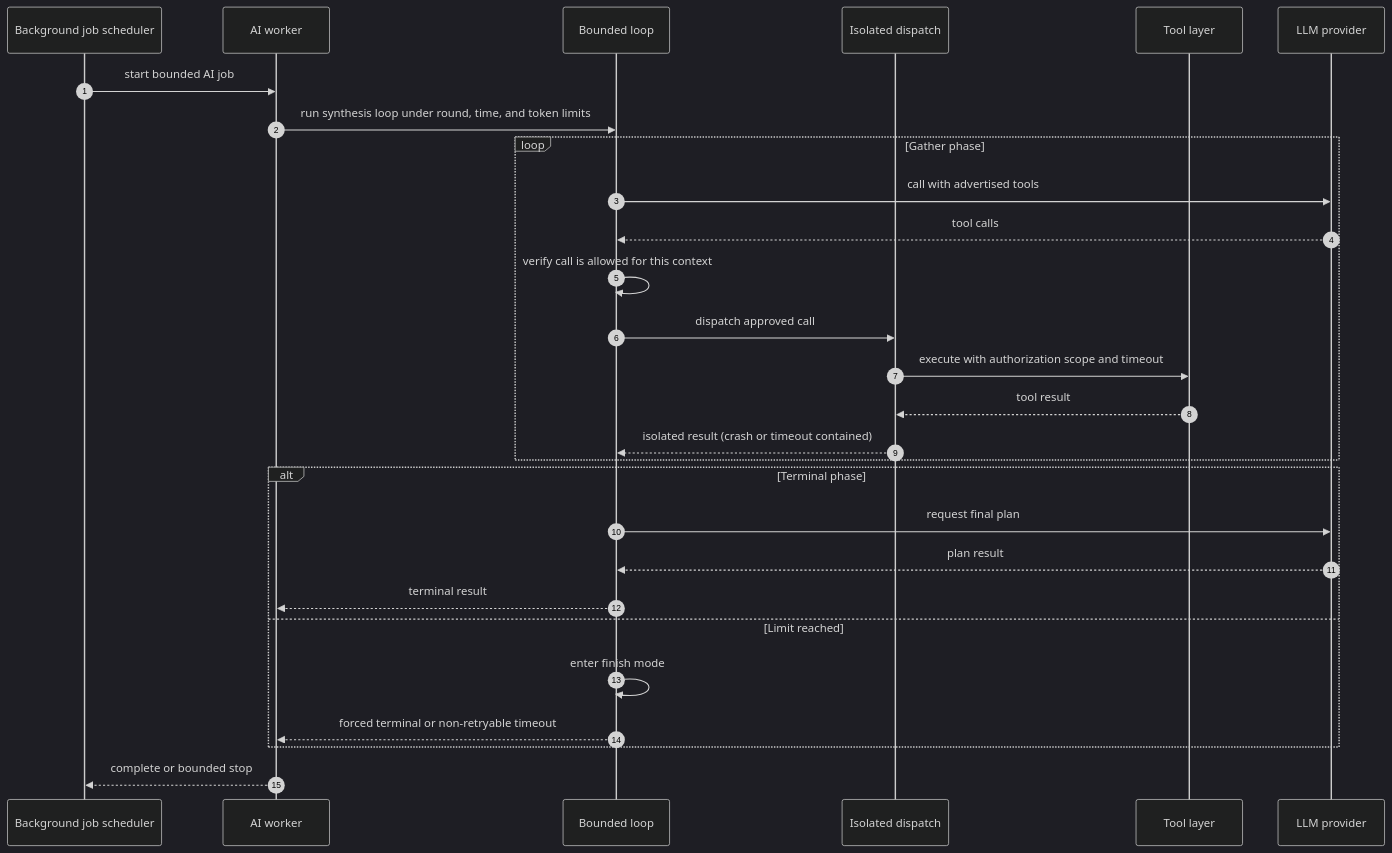
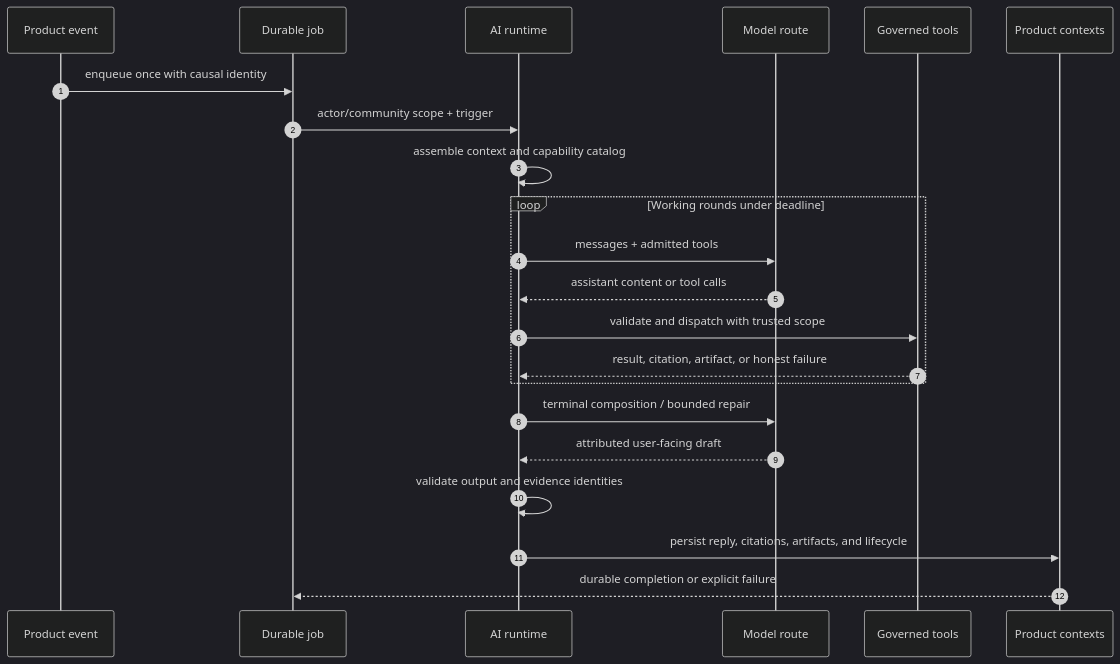
One commit to wahargis/portfolio changed the diagram in flip-technical-overview/diagrams/agent-execution-sequence.mmd. Above: the diagram before and after it, drawn with Mermaid (dark theme). The commit also changed 55 other files, not shown here.

Commit message:
complete portfolio architecture audit

```diff
--- a/flip-technical-overview/diagrams/agent-execution-sequence.mmd
+++ b/flip-technical-overview/diagrams/agent-execution-sequence.mmd
@@ -1,29 +1,23 @@
 sequenceDiagram
     autonumber
-    participant JOB as Background job scheduler
-    participant W as AI worker
-    participant L as Bounded loop
-    participant D as Isolated dispatch
-    participant T as Tool layer
-    participant M as LLM provider
+    participant E as Product event
+    participant J as Durable job
+    participant R as AI runtime
+    participant M as Model route
+    participant T as Governed tools
+    participant P as Product contexts
 
-    JOB->>W: start bounded AI job
-    W->>L: run synthesis loop under round, time, and token limits
-    loop Gather phase
-        L->>M: call with advertised tools
-        M-->>L: tool calls
-        L->>L: verify call is allowed for this context
-        L->>D: dispatch approved call
-        D->>T: execute with authorization scope and timeout
-        T-->>D: tool result
-        D-->>L: isolated result (crash or timeout contained)
+    E->>J: enqueue once with causal identity
+    J->>R: actor/community scope + trigger
+    R->>R: assemble context and capability catalog
+    loop Working rounds under deadline
+        R->>M: messages + admitted tools
+        M-->>R: assistant content or tool calls
+        R->>T: validate and dispatch with trusted scope
+        T-->>R: result, citation, artifact, or honest failure
     end
-    alt Terminal phase
-        L->>M: request final plan
-        M-->>L: plan result
-        L-->>W: terminal result
-    else Limit reached
-        L->>L: enter finish mode
-        L-->>W: forced terminal or non-retryable timeout
-    end
-    W-->>JOB: complete or bounded stop
+    R->>M: terminal composition / bounded repair
+    M-->>R: attributed user-facing draft
+    R->>R: validate output and evidence identities
+    R->>P: persist reply, citations, artifacts, and lifecycle
+    P-->>J: durable completion or explicit failure
```
